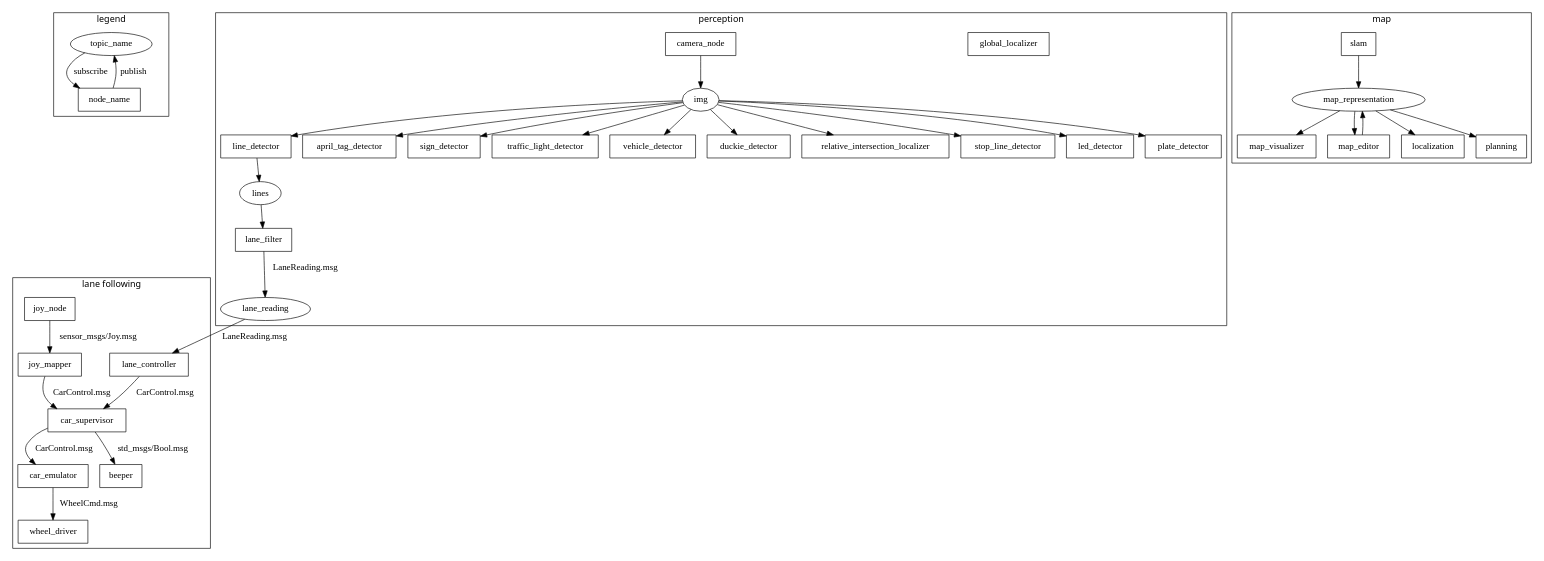
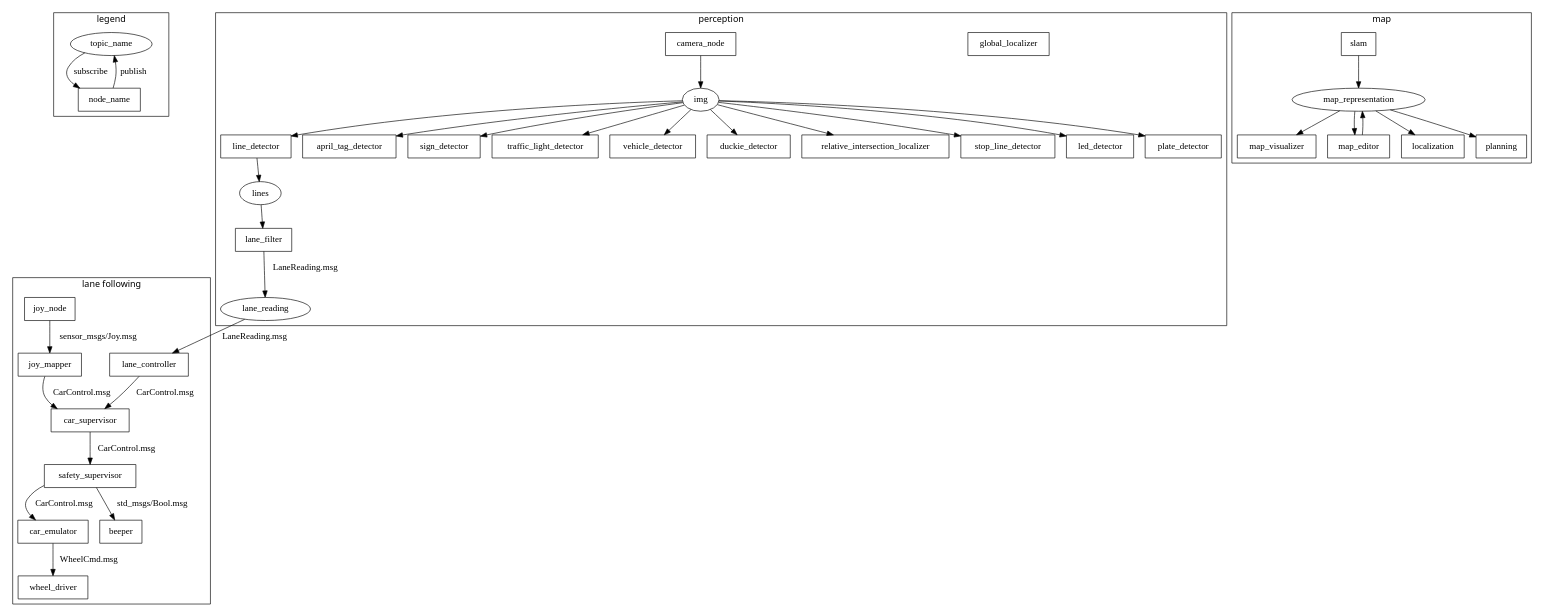
One commit to kungfrank/Knight_car changed the diagram in ros_diagram/duckietown.dot. Above: the diagram before and after it, drawn with Graphviz.

Commit message:
Add safety_supervisor to the diagram.

```diff
--- a/ros_diagram/duckietown.dot
+++ b/ros_diagram/duckietown.dot
@@ -1,99 +1,103 @@
 digraph D {
 	fontname="sans";
 	subgraph cluster_legend{
 		label="legend"
 		// ROS Topics
 		topic_name;
 		// ROS Nodes
 		node [shape=box]
 		node_name;
 
 		// Connection
 		node_name -> topic_name [label="publish"];
 		topic_name -> node_name [label="subscribe"];
 	}
 
 	subgraph cluster_perception{
 		label="perception"
 		// TOPIC
 		img;
 		lines;
 		lane_reading; //LaneReading: y, phi, sigma_y, sigma_phi, status
 		// ROS Nodes
 		node [shape=box];
 		lane_filter; //tells you y and phi
 		line_detector;
 		april_tag_detector;
 		sign_detector;
 		traffic_light_detector;
 		vehicle_detector;
 		duckie_detector;
 		relative_intersection_localizer;
 		global_localizer;
 		stop_line_detector;
 		camera_node;
 		led_detector;
 		plate_detector;
 
 		// Connections
 		camera_node->img;
 		
 		img->line_detector;
 		img->april_tag_detector;
 		img->led_detector;
 		img->stop_line_detector;
 		img->relative_intersection_localizer;
 		img->duckie_detector;
 		img->vehicle_detector;
 		img->traffic_light_detector;
 		img->sign_detector;
 		img->plate_detector;
 
 		line_detector->lines;
 		lines->lane_filter;
 		lane_filter->lane_reading [label="LaneReading.msg"];
 	}
 
 	subgraph cluster_map{
 		label="map";
 		// TOPICS
 		map_representation;
 		// ROS Nodes
 		node [shape=box];
 		map_visualizer;
 		map_editor;
 		localization;
 		planning;
 		slam;
 
 		slam -> map_representation;
 		map_representation -> map_visualizer;
 		map_editor -> map_representation;
 		map_representation -> map_editor;
 		map_representation -> planning;
 		map_representation -> localization;
 	}
 
 	subgraph cluster_lane_following{
 		label="lane following";
 		// TOPICS
 
 		// ROS Nodes
 		node [shape=box];
 		lane_controller;
 		car_emulator;
 		car_supervisor;
 		joy_node;
 		joy_mapper;
 		wheel_driver;
 		beeper;
+		safety_supervisor;
 		// CONNECTIONS
 		joy_node->joy_mapper [label="sensor_msgs/Joy.msg"];
 		joy_mapper-> car_supervisor [label="CarControl.msg"];
 		lane_reading->lane_controller [label="LaneReading.msg"];
 		lane_controller-> car_supervisor [label="CarControl.msg"];
-		car_supervisor -> beeper [label="std_msgs/Bool.msg"];
-		car_supervisor->car_emulator [label="CarControl.msg"];
+		//car_supervisor -> beeper [label="std_msgs/Bool.msg"];
+		//car_supervisor->car_emulator [label="CarControl.msg"];
+		car_supervisor->safety_supervisor [label="CarControl.msg"];
+		safety_supervisor->car_emulator [label="CarControl.msg"];
+		safety_supervisor->beeper [label="std_msgs/Bool.msg"];
 		car_emulator->wheel_driver [label="WheelCmd.msg"];
 	}
 }
```
